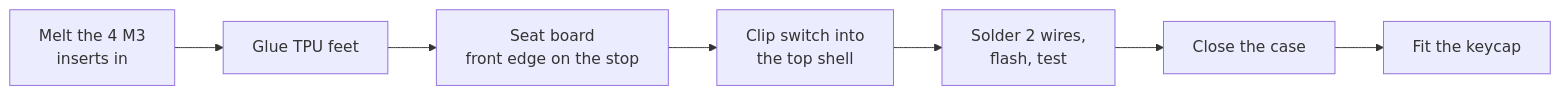
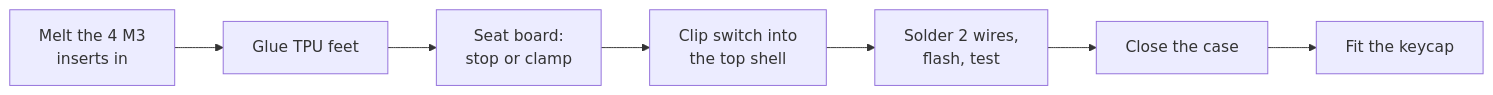
One commit to szaghi/dais changed the diagram in docs/guide/assembly.md. Above: the diagram before and after it, drawn with Mermaid. The commit also changed other lines of this file and 330 other files, not shown here.

Commit message:
feat(seat): generic Pro Micro-style controller seat with rear jaws and screw clamp; USB-C window replaces thelip bridge

````diff
--- a/docs/guide/assembly.md
+++ b/docs/guide/assembly.md
@@ -35,9 +36,9 @@
 ```mermaid
 flowchart LR
   I[Melt the 4 M3<br/>inserts in] --> A[Glue TPU feet]
-  A --> B[Seat board<br/>front edge on the stop]
+  A --> B[Seat board:<br/>stop or clamp]
   B --> C[Clip switch into<br/>the top shell]
   C --> E[Solder 2 wires,<br/>flash, test]
   E --> F[Close the case]
   F --> G[Fit the keycap]
 ```
````
